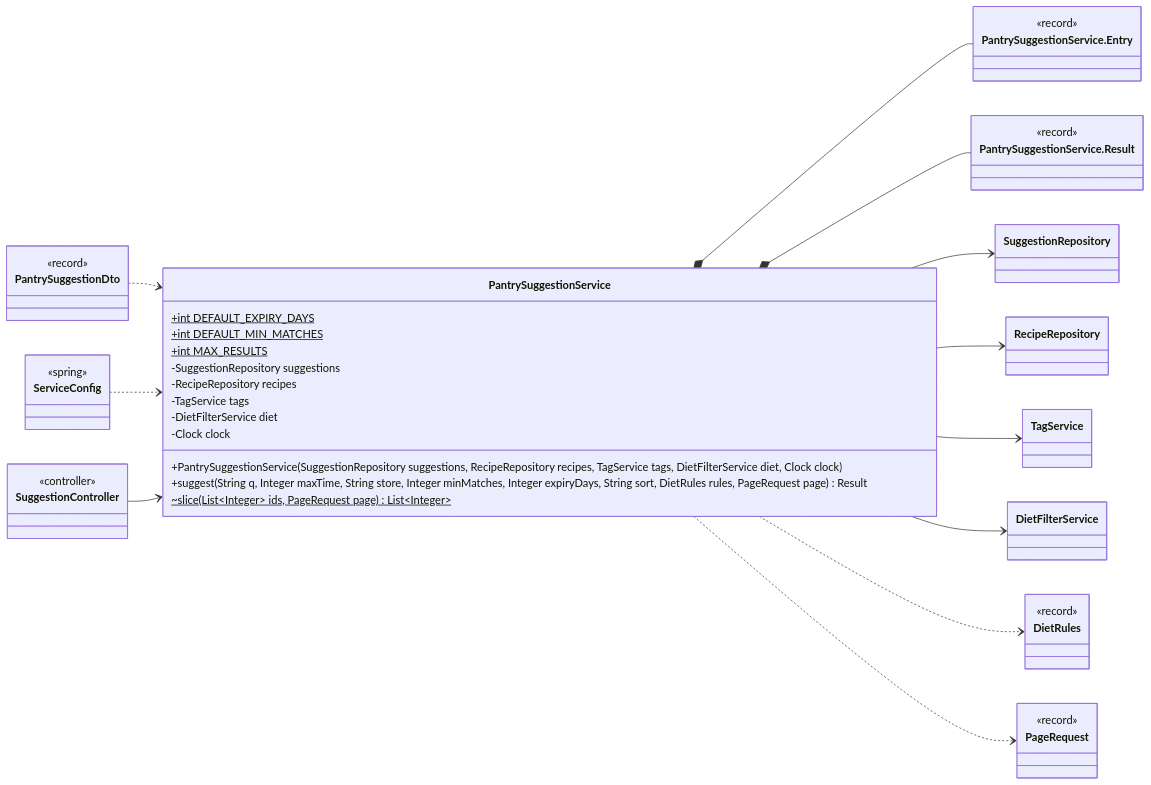
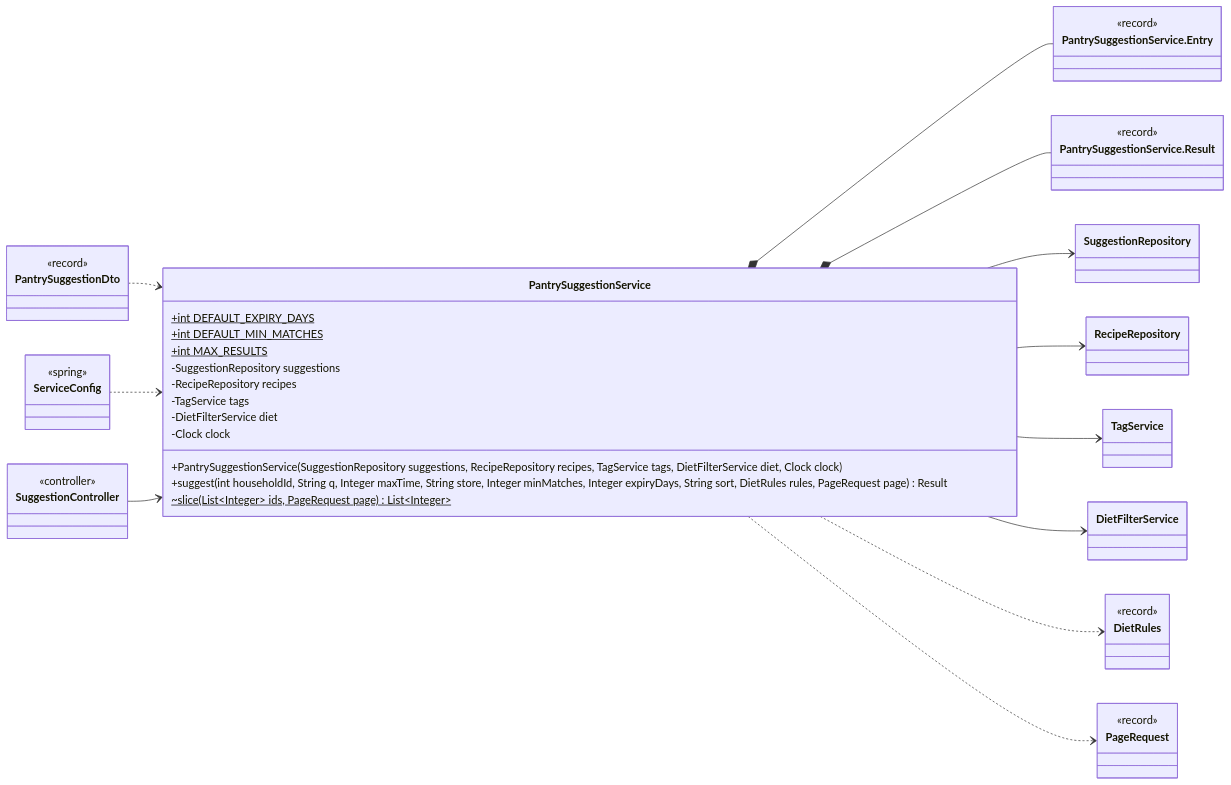
Before and after one commit to Nate-ryan-7690/dahaem: the eighth of 13 diagrams in docs/classes/suggestions.md, drawn with Mermaid. The commit also changed other lines of this file and 5 other files, not shown here.

````diff
--- a/docs/classes/suggestions.md
+++ b/docs/classes/suggestions.md
@@ -352,53 +352,53 @@
 ```mermaid
 classDiagram
     direction LR
     class suggestions_PantrySuggestionService["PantrySuggestionService"] {
         +int DEFAULT_EXPIRY_DAYS$
         +int DEFAULT_MIN_MATCHES$
         +int MAX_RESULTS$
         -SuggestionRepository suggestions
         -RecipeRepository recipes
         -TagService tags
         -DietFilterService diet
         -Clock clock
         +PantrySuggestionService(SuggestionRepository suggestions, RecipeRepository recipes, TagService tags, DietFilterService diet, Clock clock)
-        +suggest(String q, Integer maxTime, String store, Integer minMatches, Integer expiryDays, String sort, DietRules rules, PageRequest page) Result
+        +suggest(int householdId, String q, Integer maxTime, String store, Integer minMatches, Integer expiryDays, String sort, DietRules rules, PageRequest page) Result
         ~slice(List~Integer~ ids, PageRequest page) List~Integer~$
     }
     class suggestions_PantrySuggestionService_Entry["PantrySuggestionService.Entry"] {
         <<record>>
     }
     class suggestions_PantrySuggestionService_Result["PantrySuggestionService.Result"] {
         <<record>>
     }
     class suggestions_SuggestionRepository["SuggestionRepository"]
     class mealplanner_RecipeRepository["RecipeRepository"]
     class tags_TagService["TagService"]
     class diet_DietFilterService["DietFilterService"]
     class api_SuggestionController["SuggestionController"] {
         <<controller>>
     }
     class diet_DietRules["DietRules"] {
         <<record>>
     }
     class shared_PageRequest["PageRequest"] {
         <<record>>
     }
     class api_PantrySuggestionDto["PantrySuggestionDto"] {
         <<record>>
     }
     class api_ServiceConfig["ServiceConfig"] {
         <<spring>>
     }
     suggestions_PantrySuggestionService *-- suggestions_PantrySuggestionService_Entry
     suggestions_PantrySuggestionService *-- suggestions_PantrySuggestionService_Result
     suggestions_PantrySuggestionService --> suggestions_SuggestionRepository
     suggestions_PantrySuggestionService --> mealplanner_RecipeRepository
     suggestions_PantrySuggestionService --> tags_TagService
     suggestions_PantrySuggestionService --> diet_DietFilterService
     suggestions_PantrySuggestionService ..> diet_DietRules
     suggestions_PantrySuggestionService ..> shared_PageRequest
     api_PantrySuggestionDto ..> suggestions_PantrySuggestionService
     api_ServiceConfig ..> suggestions_PantrySuggestionService
     api_SuggestionController --> suggestions_PantrySuggestionService
 ```
````
